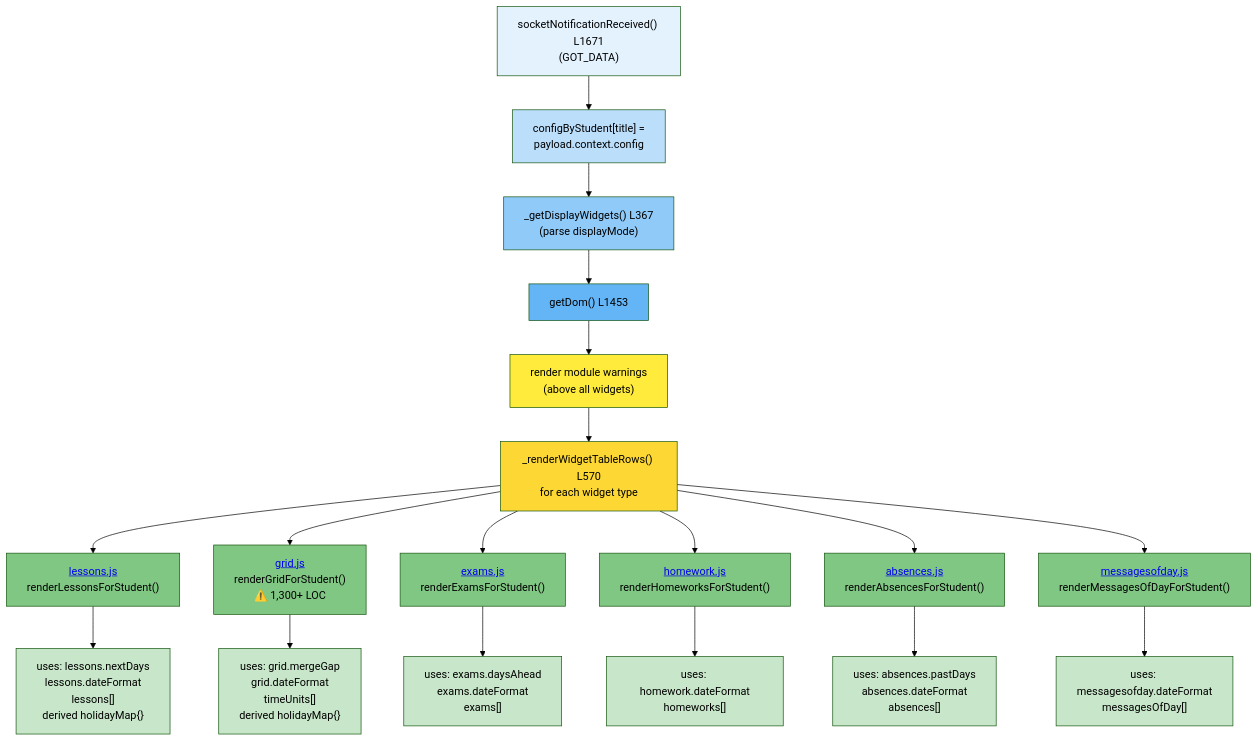
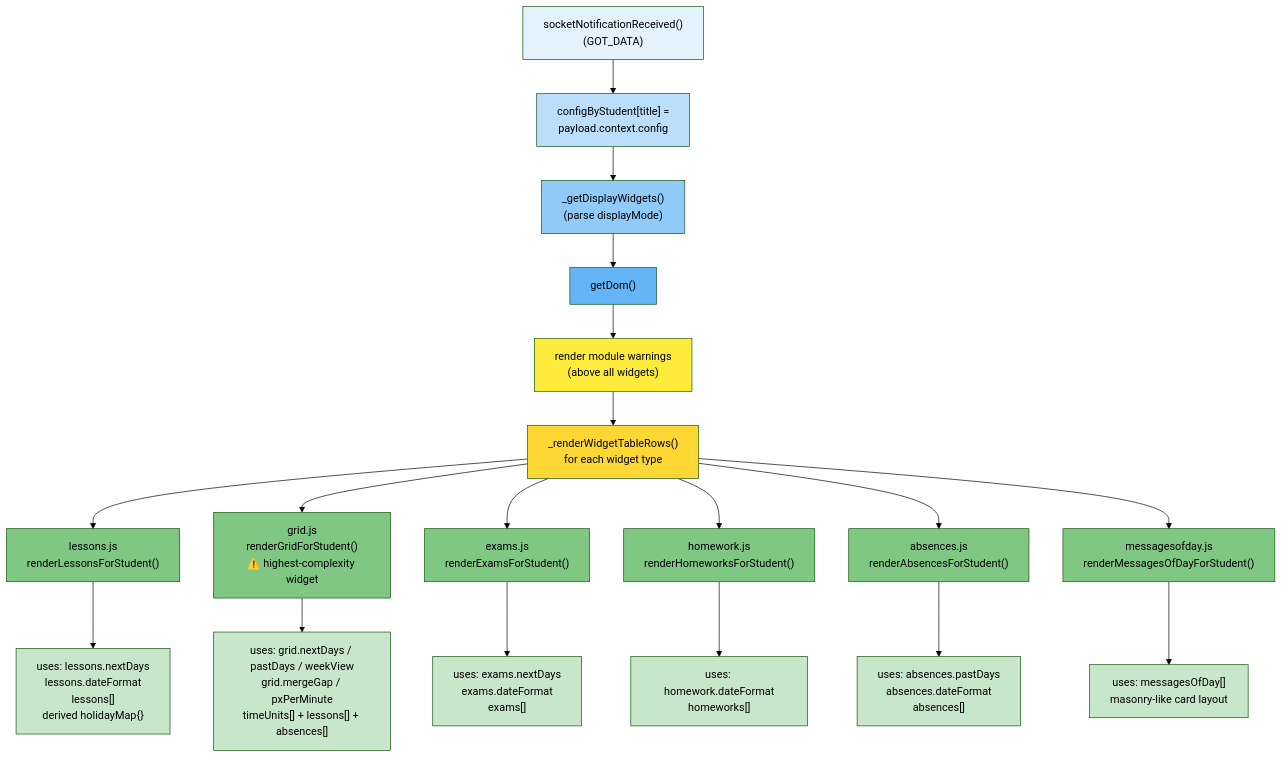
Before and after one commit to HeikoGr/MMM-Webuntis: the fifth of 13 diagrams in docs/ARCHITECTURE.md, drawn with Mermaid (forest theme). The commit also changed other lines of this file and 41 other files, not shown here.

````diff
--- a/docs/ARCHITECTURE.md
+++ b/docs/ARCHITECTURE.md
@@ -537,36 +534,36 @@
 ```mermaid
 graph TD
-    FE["socketNotificationReceived() L1671<br/>(GOT_DATA)"]:::frontend
+    FE["socketNotificationReceived()<br/>(GOT_DATA)"]:::frontend
     --> CB["configByStudent[title] =<br/>payload.context.config"]:::store
-    --> VW["_getDisplayWidgets() L367<br/>(parse displayMode)"]:::parse
-    --> DOM["getDom() L1453"]:::render
+    --> VW["_getDisplayWidgets()<br/>(parse displayMode)"]:::parse
+    --> DOM["getDom()"]:::render
     --> WRN["render module warnings<br/>(above all widgets)"]:::warn
-    --> RW["_renderWidgetTableRows() L570<br/>for each widget type"]:::loop
+    --> RW["_renderWidgetTableRows()<br/>for each widget type"]:::loop
 
-    RW --> W1["<a href='../widgets/lessons.js#L79'>lessons.js</a><br/>renderLessonsForStudent()"]:::widget
+    RW --> W1["lessons.js<br/>renderLessonsForStudent()"]:::widget
     W1 --> W1B["uses: lessons.nextDays<br/>lessons.dateFormat<br/>lessons[]<br/>derived holidayMap{}"]:::config
 
-    RW --> W2["<a href='../widgets/grid.js#L2089'>grid.js</a><br/>renderGridForStudent()<br/>⚠️ 1,300+ LOC"]:::widget
-    W2 --> W2B["uses: grid.mergeGap<br/>grid.dateFormat<br/>timeUnits[]<br/>derived holidayMap{}"]:::config
+    RW --> W2["grid.js<br/>renderGridForStudent()<br/>⚠️ highest-complexity widget"]:::widget
+    W2 --> W2B["uses: grid.nextDays / pastDays / weekView<br/>grid.mergeGap / pxPerMinute<br/>timeUnits[] + lessons[] + absences[]"]:::config
 
-    RW --> W3["<a href='../widgets/exams.js#L26'>exams.js</a><br/>renderExamsForStudent()"]:::widget
-    W3 --> W3B["uses: exams.daysAhead<br/>exams.dateFormat<br/>exams[]"]:::config
+    RW --> W3["exams.js<br/>renderExamsForStudent()"]:::widget
+    W3 --> W3B["uses: exams.nextDays<br/>exams.dateFormat<br/>exams[]"]:::config
 
-    RW --> W4["<a href='../widgets/homework.js#L26'>homework.js</a><br/>renderHomeworksForStudent()"]:::widget
+    RW --> W4["homework.js<br/>renderHomeworksForStudent()"]:::widget
     W4 --> W4B["uses: homework.dateFormat<br/>homeworks[]"]:::config
 
-    RW --> W5["<a href='../widgets/absences.js#L29'>absences.js</a><br/>renderAbsencesForStudent()"]:::widget
+    RW --> W5["absences.js<br/>renderAbsencesForStudent()"]:::widget
     W5 --> W5B["uses: absences.pastDays<br/>absences.dateFormat<br/>absences[]"]:::config
 
-    RW --> W6["<a href='../widgets/messagesofday.js#L27'>messagesofday.js</a><br/>renderMessagesOfDayForStudent()"]:::widget
-    W6 --> W6B["uses: messagesofday.dateFormat<br/>messagesOfDay[]"]:::config
+    RW --> W6["messagesofday.js<br/>renderMessagesOfDayForStudent()"]:::widget
+    W6 --> W6B["uses: messagesOfDay[]<br/>masonry-like card layout"]:::config
 
     classDef frontend fill:#e3f2fd
     classDef store fill:#bbdefb
     classDef parse fill:#90caf9
     classDef render fill:#64b5f6
     classDef warn fill:#ffeb3b
     classDef loop fill:#fdd835
     classDef widget fill:#81c784
     classDef config fill:#c8e6c9
 ```
````
